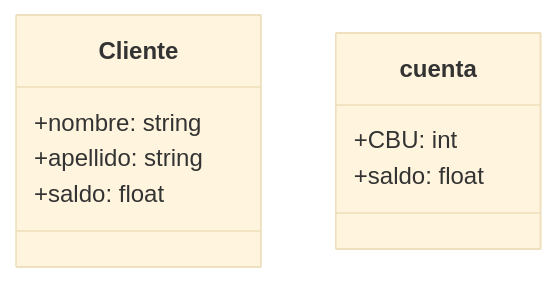
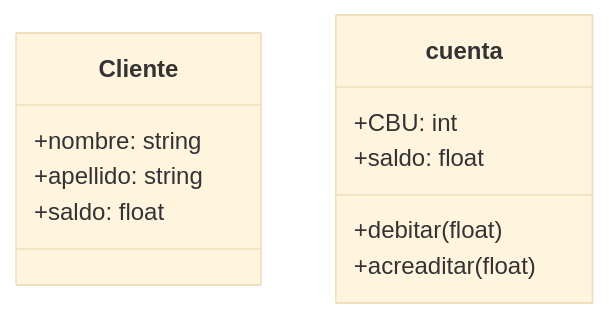
One commit to FranciscoBHF/Banco changed the diagram in README.md. Above: the diagram before and after it, drawn with Mermaid (base theme).

Commit message:
Funcionara?

````diff
--- a/README.md
+++ b/README.md
@@ -2,13 +2,15 @@
 ```mermaid
 classDiagram
 
 class Cliente{
     +nombre: string
     +apellido: string
     +saldo: float
 }
 class cuenta{
     +CBU: int
     +saldo: float
+    +debitar(float)
+    +acreaditar(float)
 }
 ```
````
